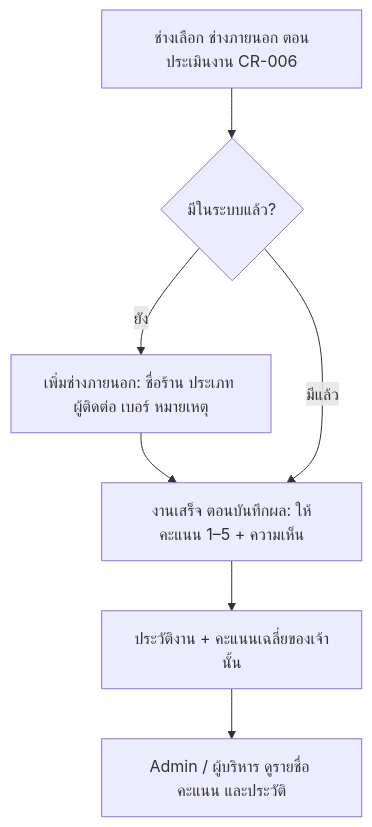
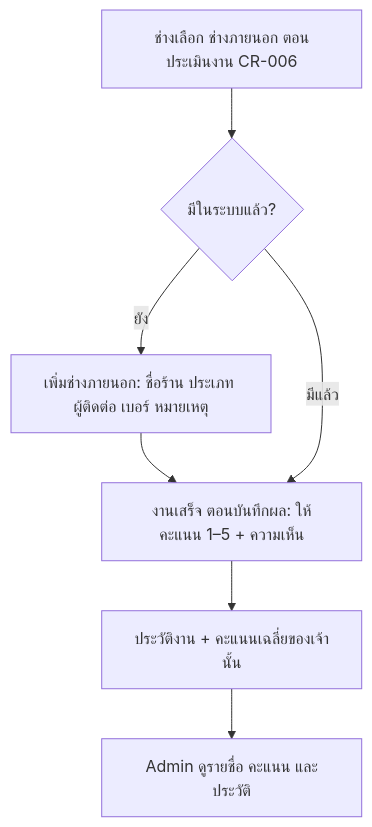
One commit to pithawat/BAMBAM changed diagram 13 of 14 in docs/modules/repair/02-flows.md. Above: the diagram before and after it, drawn with Mermaid. The commit also changed other lines of this file and 175 other files, not shown here.

````diff
--- a/docs/modules/repair/02-flows.md
+++ b/docs/modules/repair/02-flows.md
@@ -396,8 +403,8 @@
 ```mermaid
 flowchart TD
   A[ช่างเลือก ช่างภายนอก ตอนประเมินงาน CR-006] --> B{มีในระบบแล้ว?}
   B -- ยัง --> C[เพิ่มช่างภายนอก: ชื่อร้าน ประเภท ผู้ติดต่อ เบอร์ หมายเหตุ] --> D
   B -- มีแล้ว --> D[งานเสร็จ ตอนบันทึกผล: ให้คะแนน 1–5 + ความเห็น]
   D --> E[ประวัติงาน + คะแนนเฉลี่ยของเจ้านั้น]
-  E --> F[Admin / ผู้บริหาร ดูรายชื่อ คะแนน และประวัติ]
+  E --> F[Admin ดูรายชื่อ คะแนน และประวัติ]
 ```
````
